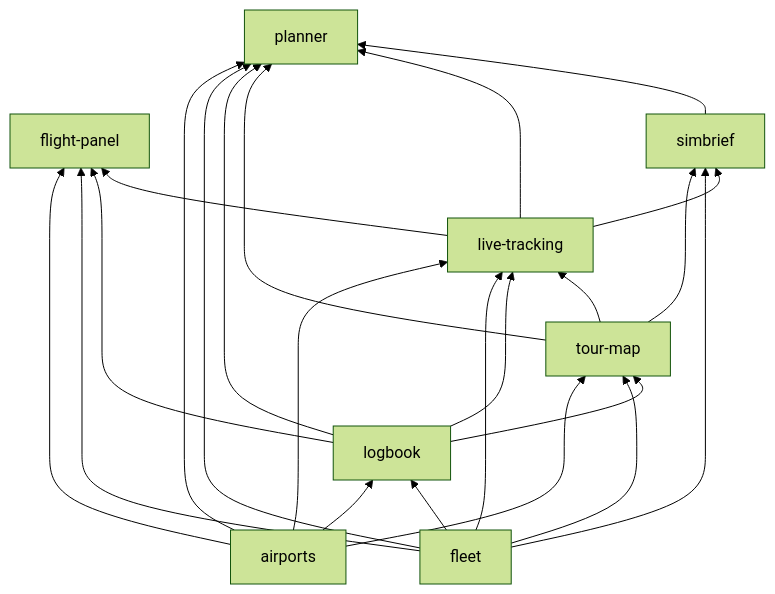
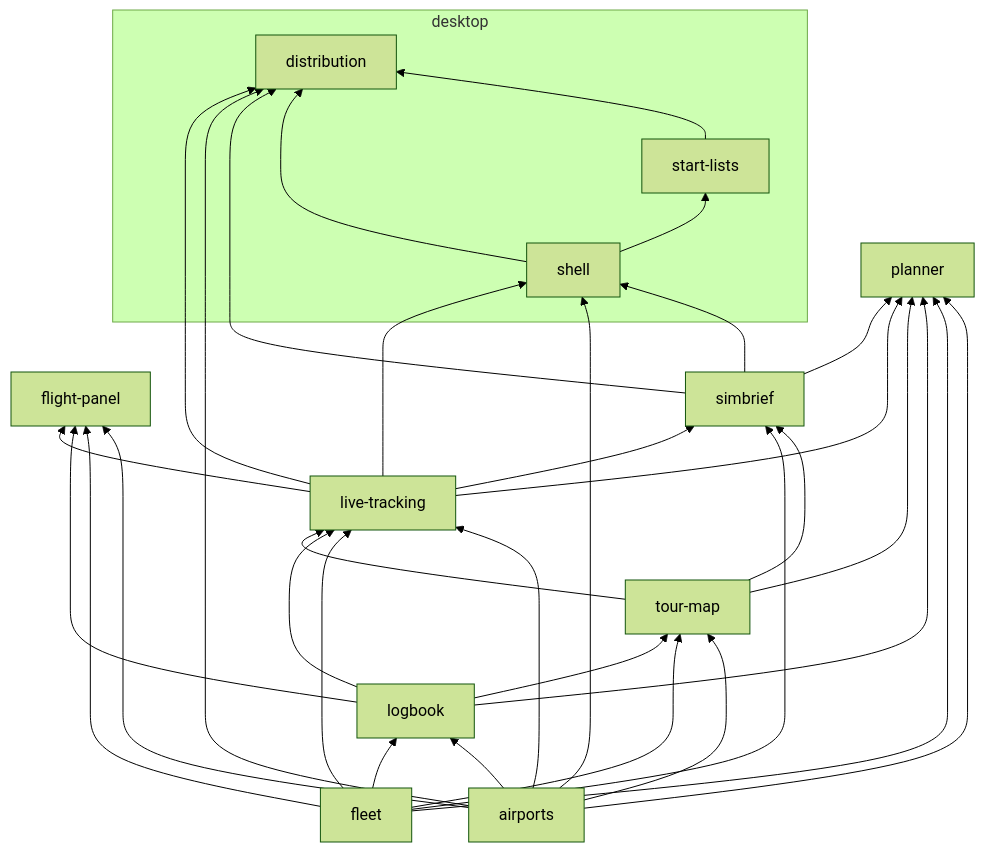
One commit to SharpWave/msfs-career-map changed the second of 2 diagrams in docs/high-level-design.md. Above: the diagram before and after it, drawn with Mermaid (forest theme). The commit also changed other lines of this file and 120 other files, not shown here.

````diff
--- a/docs/high-level-design.md
+++ b/docs/high-level-design.md
@@ -120,25 +204,39 @@
 ```mermaid
 flowchart BT
   fleet --> logbook
   airports --> logbook
   logbook --> tourmap["tour-map"]
   fleet --> tourmap
   airports --> tourmap
   tourmap --> live["live-tracking"]
   logbook --> live
   fleet --> live
   airports --> live
   live --> panel["flight-panel"]
   logbook --> panel
   fleet --> panel
   airports --> panel
   live --> simbrief
   fleet --> simbrief
   tourmap --> simbrief
   simbrief --> planner
   live --> planner
   tourmap --> planner
   logbook --> planner
   fleet --> planner
   airports --> planner
+  subgraph desktop
+    shell
+    startlists["start-lists"]
+    distribution
+  end
+  live --> shell
+  airports --> shell
+  simbrief --> shell
+  live --> distribution
+  airports --> distribution
+  simbrief --> distribution
+  shell --> startlists
+  shell --> distribution
+  startlists --> distribution
 ```
````
